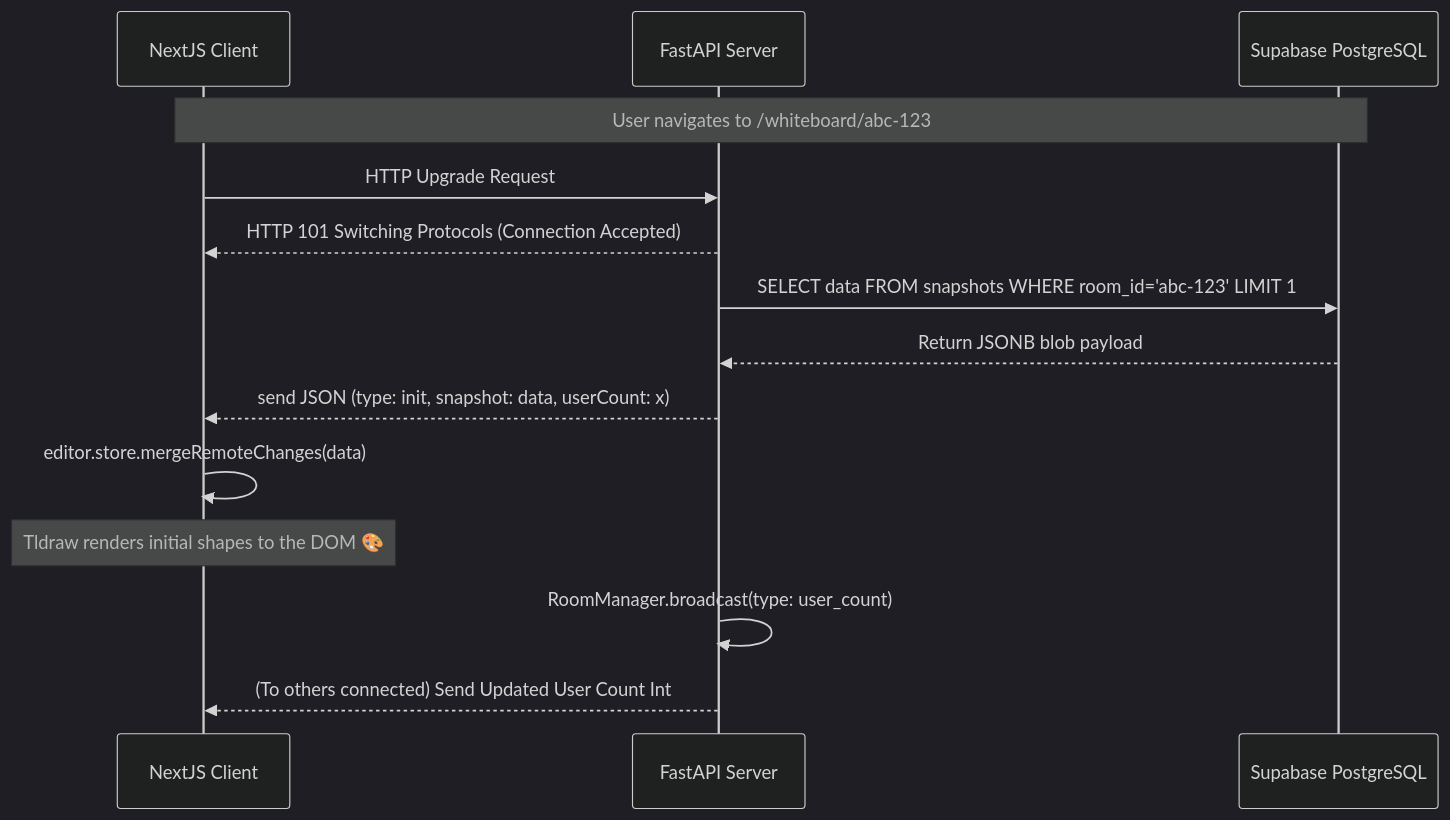
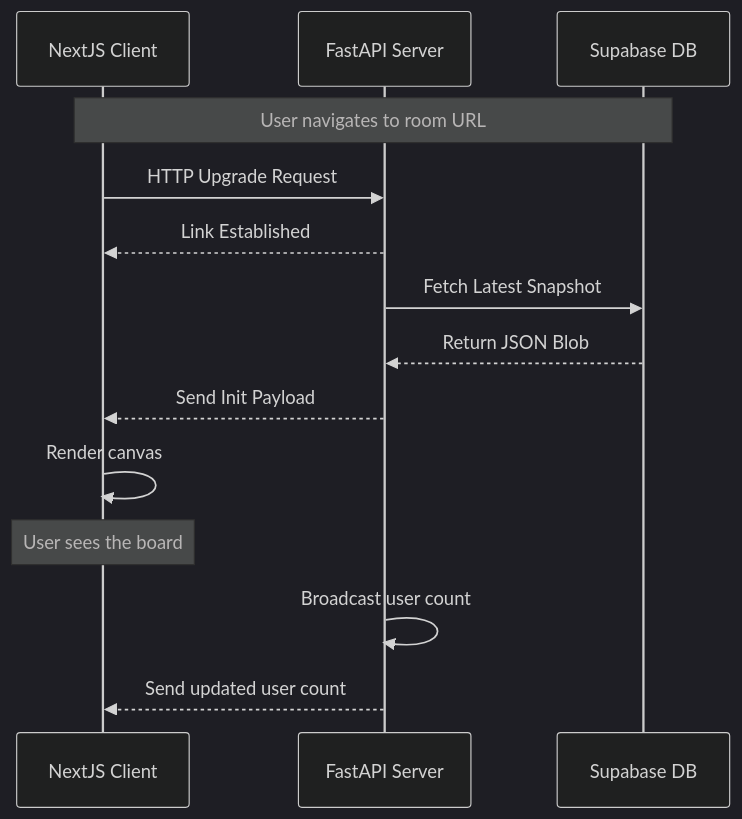
The second of 3 diagrams in devlog.md (alexli8408/CoWhiteboard), drawn with Mermaid (dark theme) before and after one commit. The commit also changed other lines of this file, not shown here.

Commit message:
docs: strip complex chars from mermaid diagrams to fix rendering

````diff
--- a/devlog.md
+++ b/devlog.md
@@ -181,22 +176,22 @@
 ```mermaid
 sequenceDiagram
     participant User as NextJS Client
     participant WS as FastAPI Server
-    participant DB as Supabase PostgreSQL
+    participant DB as Supabase DB
 
-    Note over User,DB: User navigates to /whiteboard/abc-123
+    Note over User,DB: User navigates to room URL
 
     User->>WS: HTTP Upgrade Request
-    WS-->>User: HTTP 101 Switching Protocols (Connection Accepted)
+    WS-->>User: Link Established
 
-    WS->>DB: SELECT data FROM snapshots WHERE room_id='abc-123' LIMIT 1
-    DB-->>WS: Return JSONB blob payload
+    WS->>DB: Fetch Latest Snapshot
+    DB-->>WS: Return JSON Blob
 
-    WS-->>User: send JSON (type: init, snapshot: data, userCount: x)
+    WS-->>User: Send Init Payload
 
-    User->>User: editor.store.mergeRemoteChanges(data)
-    Note over User: Tldraw renders initial shapes to the DOM 🎨
+    User->>User: Render canvas
+    Note over User: User sees the board
 
-    WS->>WS: RoomManager.broadcast(type: user_count)
-    WS-->>User: (To others connected) Send Updated User Count Int
+    WS->>WS: Broadcast user count
+    WS-->>User: Send updated user count
 ```
````
